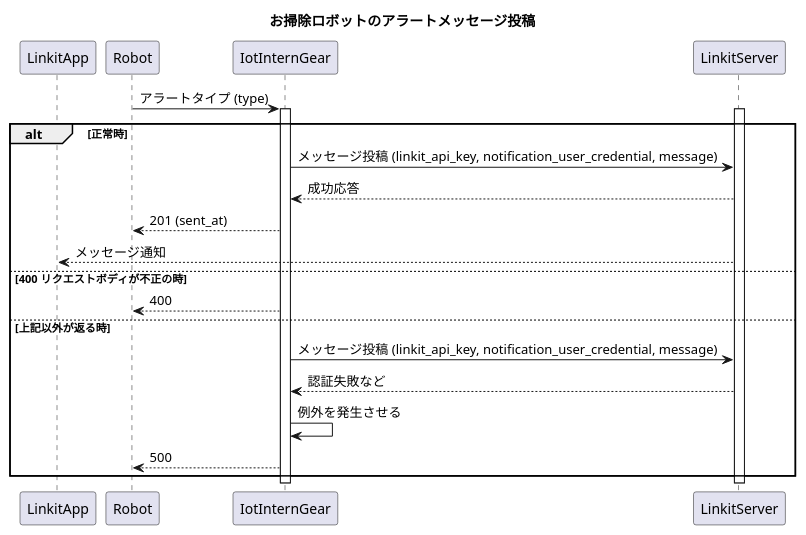
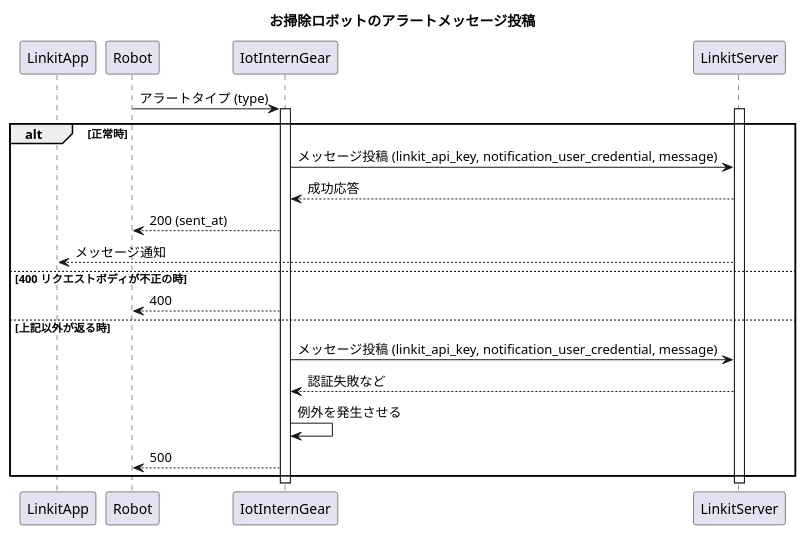
One commit to access-company/IoTIntern changed the diagram in doc/sequence.puml. Above: the diagram before and after it, drawn with PlantUML. The commit also changed 3 other files, not shown here.

```diff
--- a/doc/sequence.puml
+++ b/doc/sequence.puml
@@ -1,27 +1,27 @@
 @startuml SequenceDiagram
 title: お掃除ロボットのアラートメッセージ投稿
 
 participant LinkitApp
 participant Robot
 participant IotInternGear
 participant LinkitServer
 
 Robot -> IotInternGear: アラートタイプ (type)
 activate IotInternGear
 activate LinkitServer
 alt 正常時
     IotInternGear -> LinkitServer: メッセージ投稿 (linkit_api_key, notification_user_credential, message)
     IotInternGear <-- LinkitServer: 成功応答
-    Robot <-- IotInternGear: 201 (sent_at)
+    Robot <-- IotInternGear: 200 (sent_at)
     LinkitApp <-- LinkitServer: メッセージ通知
 else 400 リクエストボディが不正の時
     Robot <-- IotInternGear: 400
 else 上記以外が返る時
     IotInternGear -> LinkitServer: メッセージ投稿 (linkit_api_key, notification_user_credential, message)
     IotInternGear <-- LinkitServer: 認証失敗など
     IotInternGear -> IotInternGear: 例外を発生させる
     Robot <-- IotInternGear: 500
 end
 deactivate IotInternGear
 deactivate LinkitServer
 @enduml
```
